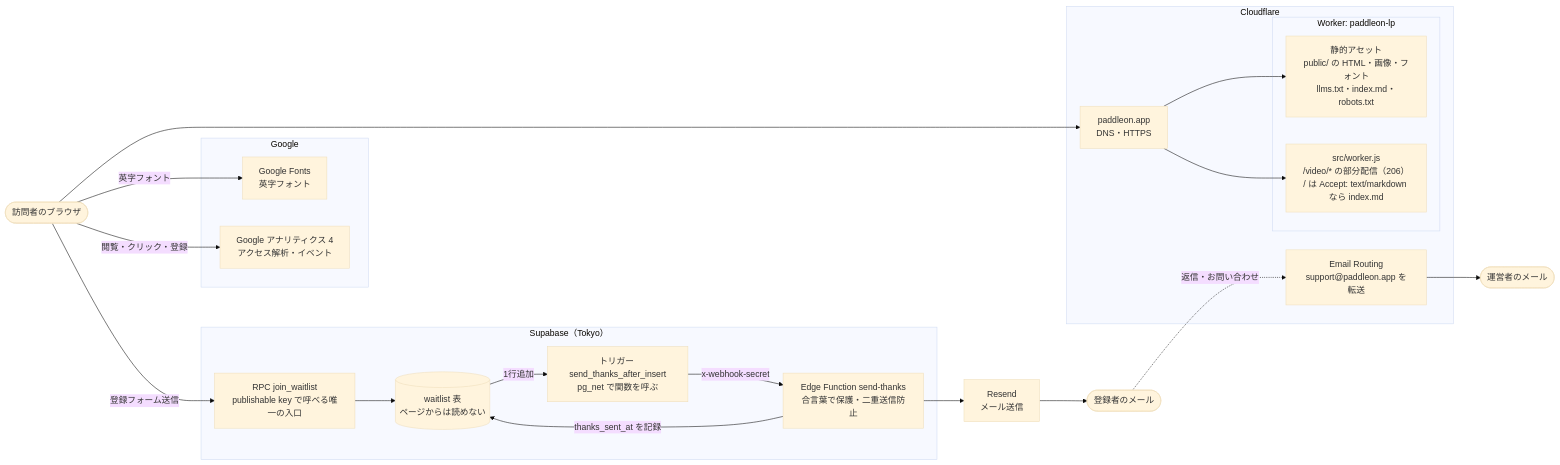
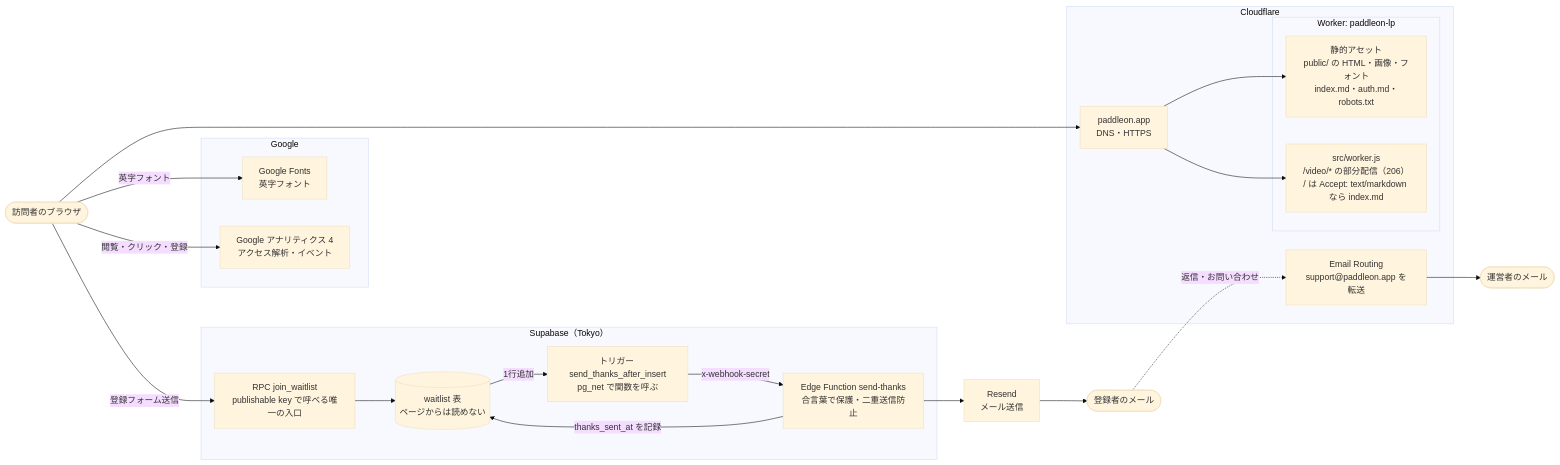
Before and after one commit to paddleon/paddleon-lp: the first of 4 diagrams in docs/architecture.md, drawn with Mermaid (base theme). The commit also changed 8 other files, not shown here.

First line of the commit message:
llms.txt を削除（Google が生成AI向けの最適化には不要としているため）

````diff
--- a/docs/architecture.md
+++ b/docs/architecture.md
@@ -7,41 +7,41 @@
 ```mermaid
 flowchart LR
   user(["訪問者のブラウザ"])
 
   subgraph CF["Cloudflare"]
     dns["paddleon.app<br/>DNS・HTTPS"]
     subgraph W["Worker: paddleon-lp"]
-      assets["静的アセット<br/>public/ の HTML・画像・フォント<br/>llms.txt・index.md・robots.txt"]
+      assets["静的アセット<br/>public/ の HTML・画像・フォント<br/>index.md・auth.md・robots.txt"]
       worker["src/worker.js<br/>/video/* の部分配信（206）<br/>/ は Accept: text/markdown なら index.md"]
     end
     mailfwd["Email Routing<br/>support@paddleon.app を転送"]
   end
 
   subgraph G["Google"]
     gfonts["Google Fonts<br/>英字フォント"]
     ga4["Google アナリティクス 4<br/>アクセス解析・イベント"]
   end
 
   subgraph SB["Supabase（Tokyo）"]
     rpc["RPC join_waitlist<br/>publishable key で呼べる唯一の入口"]
     table[("waitlist 表<br/>ページからは読めない")]
     trigger["トリガー send_thanks_after_insert<br/>pg_net で関数を呼ぶ"]
     fn["Edge Function send-thanks<br/>合言葉で保護・二重送信防止"]
   end
 
   resend["Resend<br/>メール送信"]
   inbox(["登録者のメール"])
   owner(["運営者のメール"])
 
   user --> dns --> assets
   dns --> worker
   user -->|"英字フォント"| gfonts
   user -->|"閲覧・クリック・登録"| ga4
   user -->|"登録フォーム送信"| rpc
   rpc --> table
   table -->|"1行追加"| trigger
   trigger -->|"x-webhook-secret"| fn
   fn -->|"thanks_sent_at を記録"| table
   fn --> resend --> inbox
   inbox -.->|"返信・お問い合わせ"| mailfwd --> owner
 ```
````
